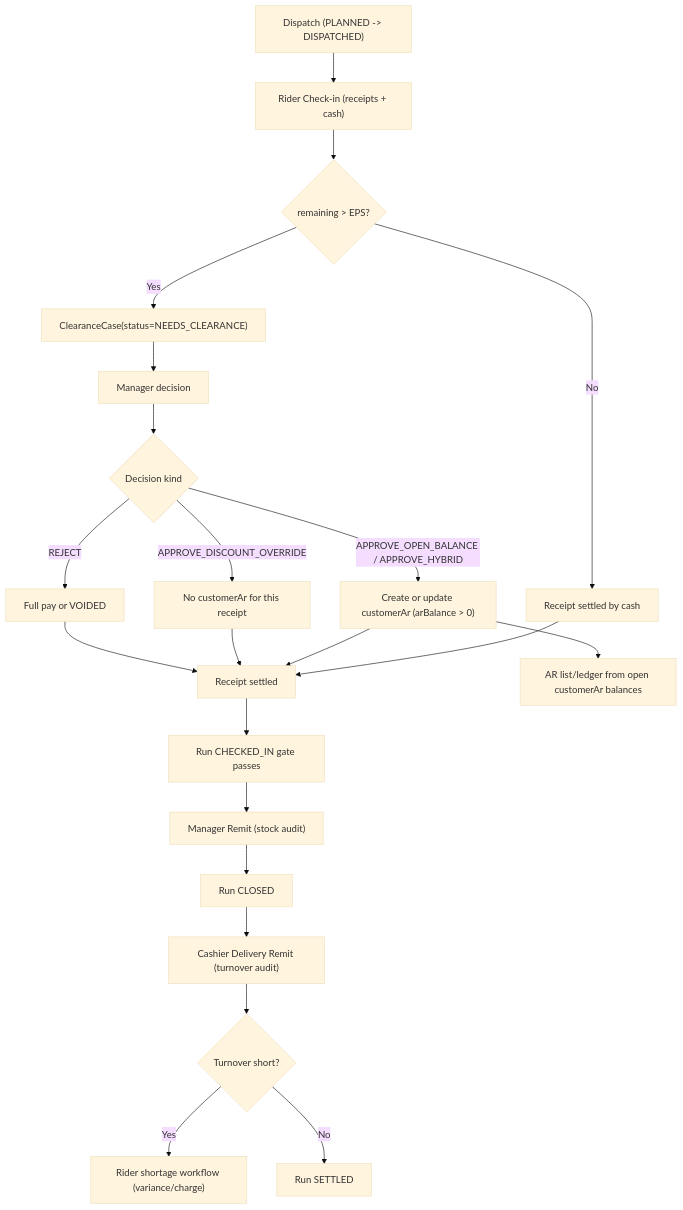
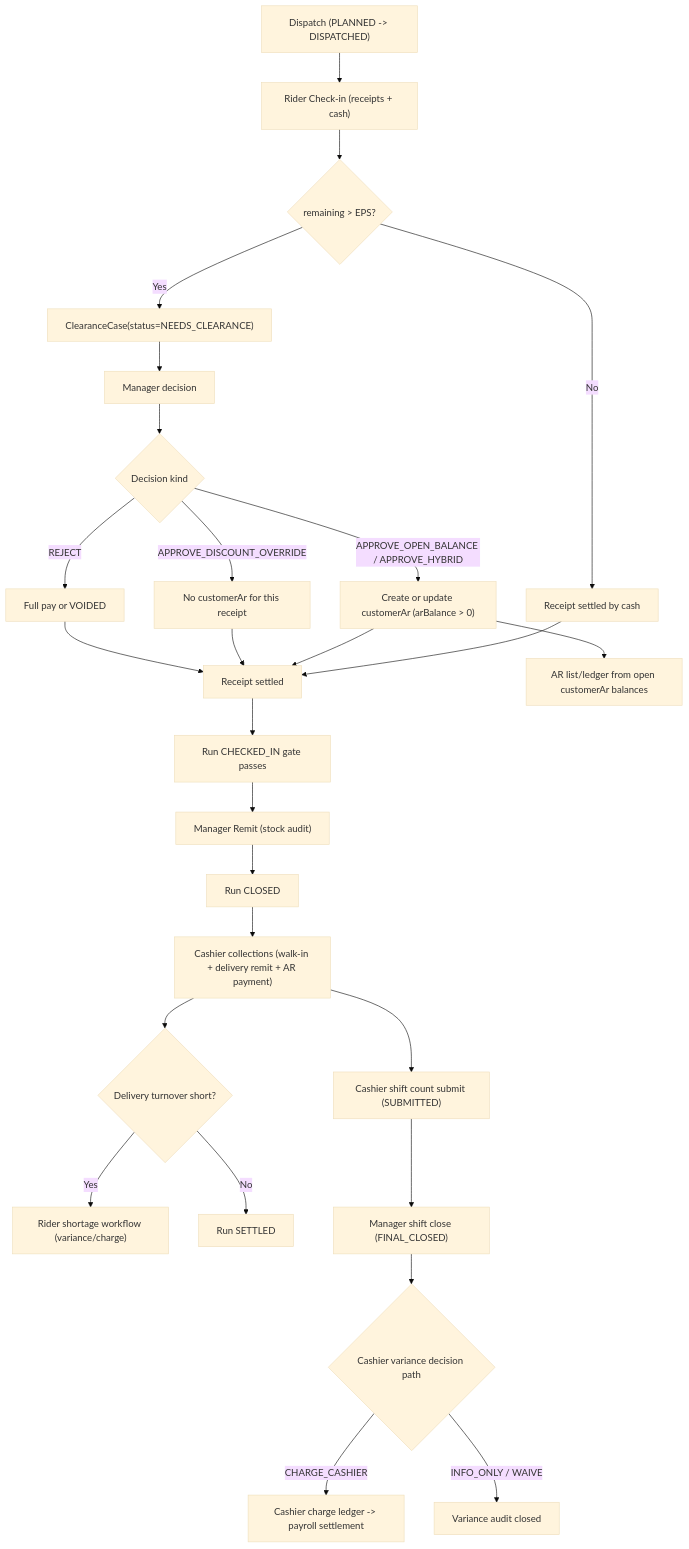
One commit to helloword214/zmstore-pos changed the first of 5 diagrams in docs/guide/DIAGRAMS_DELIVERY_CSS_AR.md. Above: the diagram before and after it, drawn with Mermaid (base theme). The commit also changed other lines of this file and 3 other files, not shown here.

Commit message:
docs(cashier-flow): add shift close and variance canonical guide (#15)

````diff
--- a/docs/guide/DIAGRAMS_DELIVERY_CSS_AR.md
+++ b/docs/guide/DIAGRAMS_DELIVERY_CSS_AR.md
@@ -18,24 +19,29 @@
 ```mermaid
 flowchart TD
     A["Dispatch (PLANNED -> DISPATCHED)"] --> B["Rider Check-in (receipts + cash)"]
     B --> C{"remaining > EPS?"}
     C -- "No" --> D["Receipt settled by cash"]
     C -- "Yes" --> E["ClearanceCase(status=NEEDS_CLEARANCE)"]
     E --> F["Manager decision"]
     F --> G{"Decision kind"}
     G -- "APPROVE_OPEN_BALANCE / APPROVE_HYBRID" --> H["Create or update customerAr (arBalance > 0)"]
     G -- "APPROVE_DISCOUNT_OVERRIDE" --> I["No customerAr for this receipt"]
     G -- "REJECT" --> J["Full pay or VOIDED"]
     D --> K["Receipt settled"]
     H --> K
     I --> K
     J --> K
     K --> L["Run CHECKED_IN gate passes"]
     L --> M["Manager Remit (stock audit)"]
     M --> N["Run CLOSED"]
-    N --> O["Cashier Delivery Remit (turnover audit)"]
-    O --> P{"Turnover short?"}
+    N --> O["Cashier collections (walk-in + delivery remit + AR payment)"]
+    O --> P{"Delivery turnover short?"}
     P -- "Yes" --> Q["Rider shortage workflow (variance/charge)"]
     P -- "No" --> R["Run SETTLED"]
-    H --> S["AR list/ledger from open customerAr balances"]
+    O --> S["Cashier shift count submit (SUBMITTED)"]
+    S --> T["Manager shift close (FINAL_CLOSED)"]
+    T --> U{"Cashier variance decision path"}
+    U -- "CHARGE_CASHIER" --> V["Cashier charge ledger -> payroll settlement"]
+    U -- "INFO_ONLY / WAIVE" --> W["Variance audit closed"]
+    H --> X["AR list/ledger from open customerAr balances"]
 ```
````
